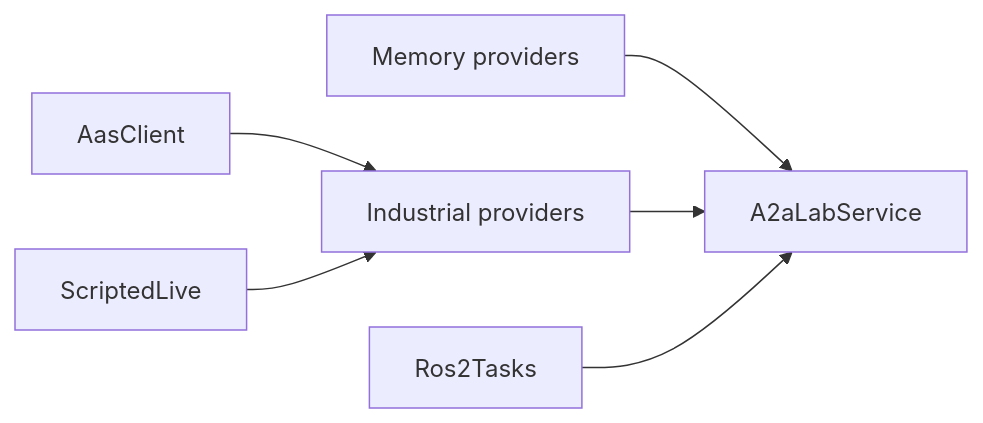
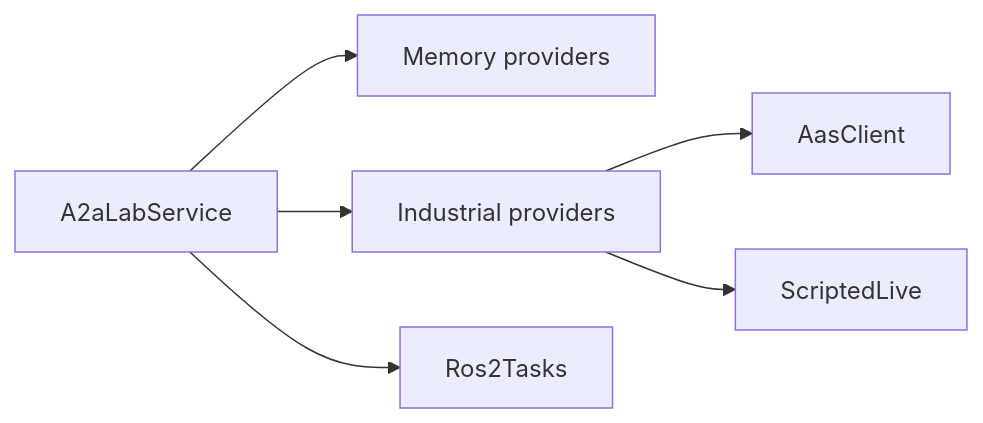
The diagram in backlog/docs/reference/implementations/doc-18 - Implementations.md (A3Analytics/a2a-lab-dev-kit-rs), drawn with Mermaid before and after one commit. The commit also changed other lines of this file and 14 other files, not shown here.

Commit message:
Group the Wiki into interfaces and providers so both sides of A2aLabService are explicit.

````diff
--- a/backlog/docs/reference/implementations/doc-18 - Implementations.md
+++ b/backlog/docs/reference/implementations/doc-18 - Implementations.md
@@ -17,10 +17,10 @@
 ```mermaid
 flowchart LR
   accTitle: Provider implementations
-  accDescr: Memory providers, industrial providers, and Ros2Tasks implement the lab providers. AasClient and ScriptedLive back the industrial providers.
-  memory["Memory providers"] --> service["A2aLabService"]
-  industrial["Industrial providers"] --> service
-  ros["Ros2Tasks"] --> service
-  catalog["AasClient"] --> industrial
-  live["ScriptedLive"] --> industrial
+  accDescr: A2aLabService uses memory providers, industrial providers, and Ros2Tasks. Industrial providers use AasClient and ScriptedLive.
+  service["A2aLabService"] --> memory["Memory providers"]
+  service --> industrial["Industrial providers"]
+  service --> ros["Ros2Tasks"]
+  industrial --> catalog["AasClient"]
+  industrial --> live["ScriptedLive"]
 ```
````
